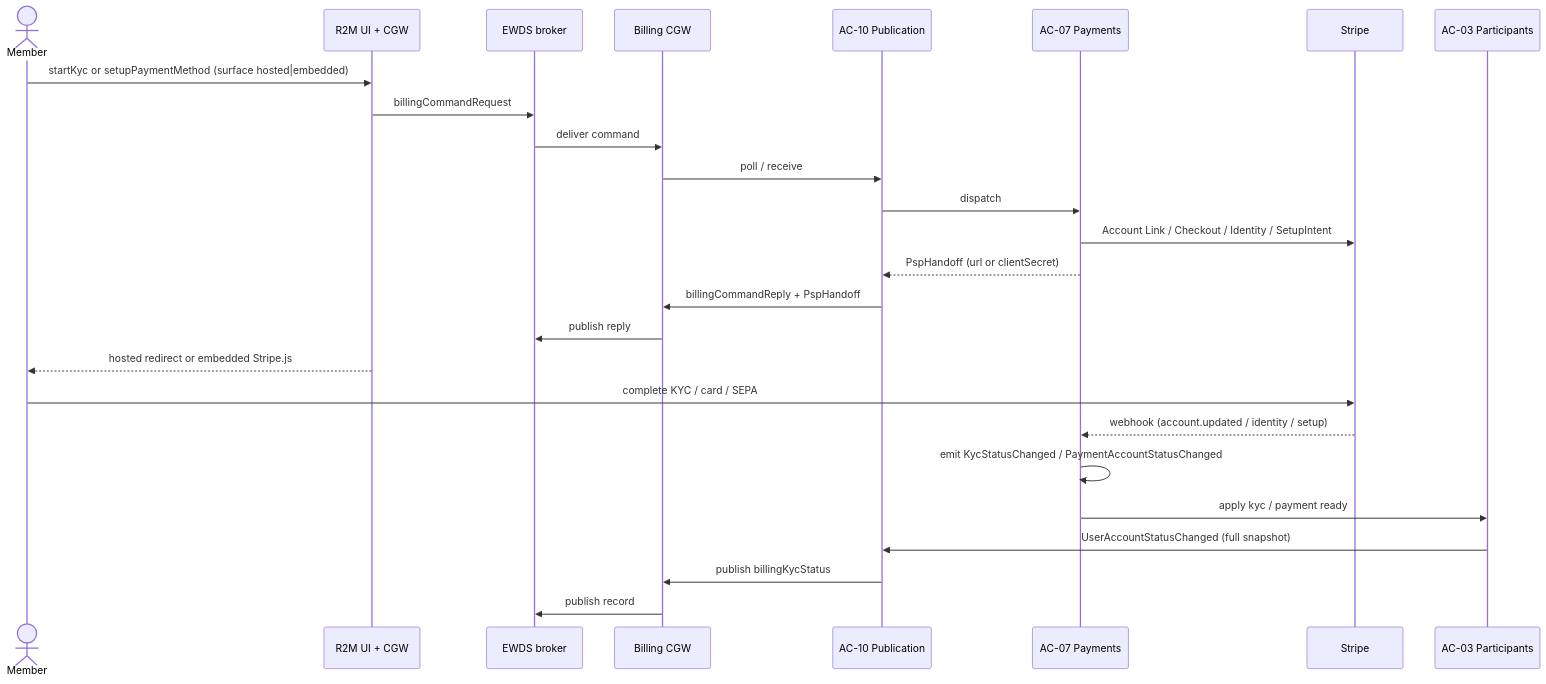
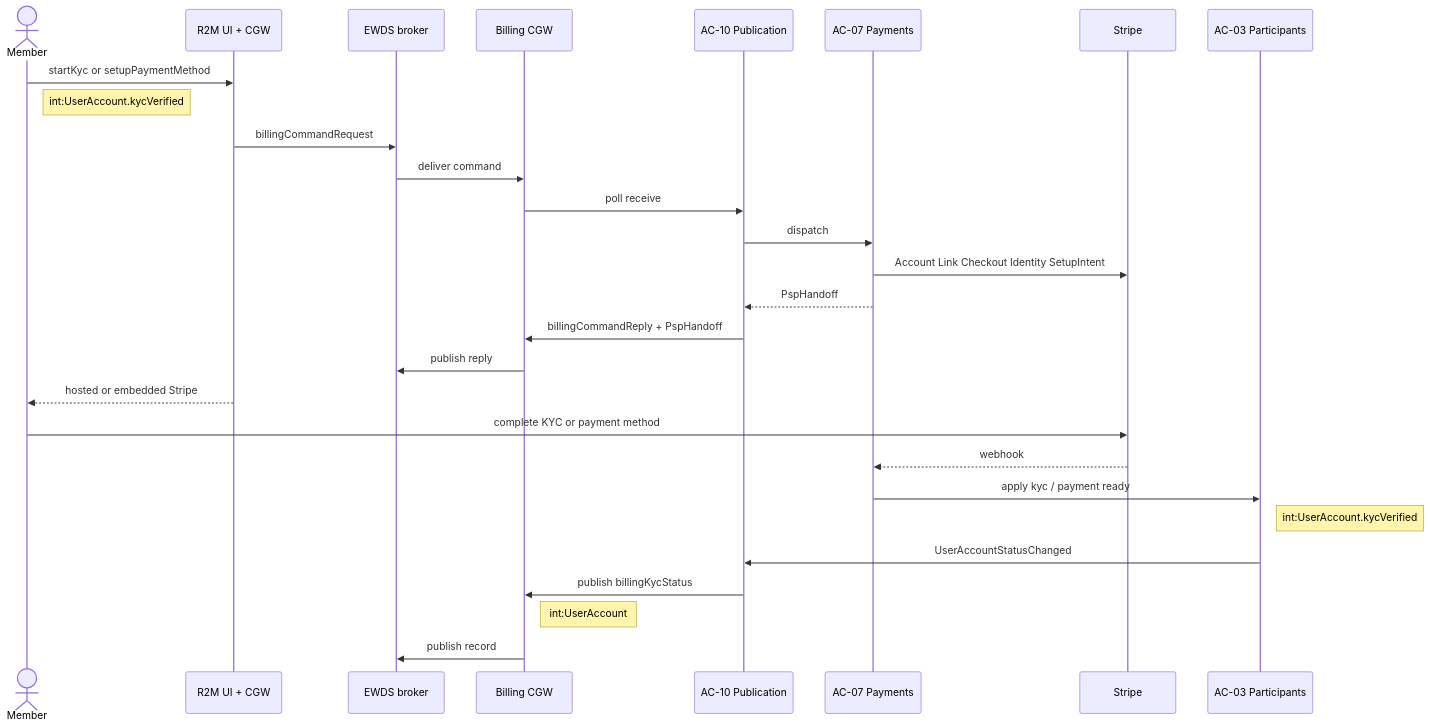
One commit to blooo-io/intelligent-eu-bps-source changed the fourth of 14 diagrams in docs/architecture/07-scenario-flows.md. Above: the diagram before and after it, drawn with Mermaid. The commit also changed other lines of this file, not shown here.

First line of the commit message:
docs(INT-451): ontology objects on scenario flow steps; fix S12 Mermaid (#225)

````diff
--- a/docs/architecture/07-scenario-flows.md
+++ b/docs/architecture/07-scenario-flows.md
@@ -112,28 +153,30 @@
 ```mermaid
 sequenceDiagram
   actor Member as Member
   participant R2M as R2M UI + CGW
   participant EWDS as EWDS broker
   participant CGW as Billing CGW
   participant AC10 as AC-10 Publication
   participant AC07 as AC-07 Payments
   participant Stripe as Stripe
   participant AC03 as AC-03 Participants
-  Member->>R2M: startKyc or setupPaymentMethod (surface hosted|embedded)
+  Member->>R2M: startKyc or setupPaymentMethod
+  Note right of Member: int:UserAccount.kycVerified
   R2M->>EWDS: billingCommandRequest
   EWDS->>CGW: deliver command
-  CGW->>AC10: poll / receive
+  CGW->>AC10: poll receive
   AC10->>AC07: dispatch
-  AC07->>Stripe: Account Link / Checkout / Identity / SetupIntent
-  AC07-->>AC10: PspHandoff (url or clientSecret)
+  AC07->>Stripe: Account Link Checkout Identity SetupIntent
+  AC07-->>AC10: PspHandoff
   AC10->>CGW: billingCommandReply + PspHandoff
   CGW->>EWDS: publish reply
-  R2M-->>Member: hosted redirect or embedded Stripe.js
-  Member->>Stripe: complete KYC / card / SEPA
-  Stripe-->>AC07: webhook (account.updated / identity / setup)
-  AC07->>AC07: emit KycStatusChanged / PaymentAccountStatusChanged
+  R2M-->>Member: hosted or embedded Stripe
+  Member->>Stripe: complete KYC or payment method
+  Stripe-->>AC07: webhook
   AC07->>AC03: apply kyc / payment ready
-  AC03->>AC10: UserAccountStatusChanged (full snapshot)
+  Note right of AC03: int:UserAccount.kycVerified
+  AC03->>AC10: UserAccountStatusChanged
   AC10->>CGW: publish billingKycStatus
+  Note right of CGW: int:UserAccount
   CGW->>EWDS: publish record
 ```
````
